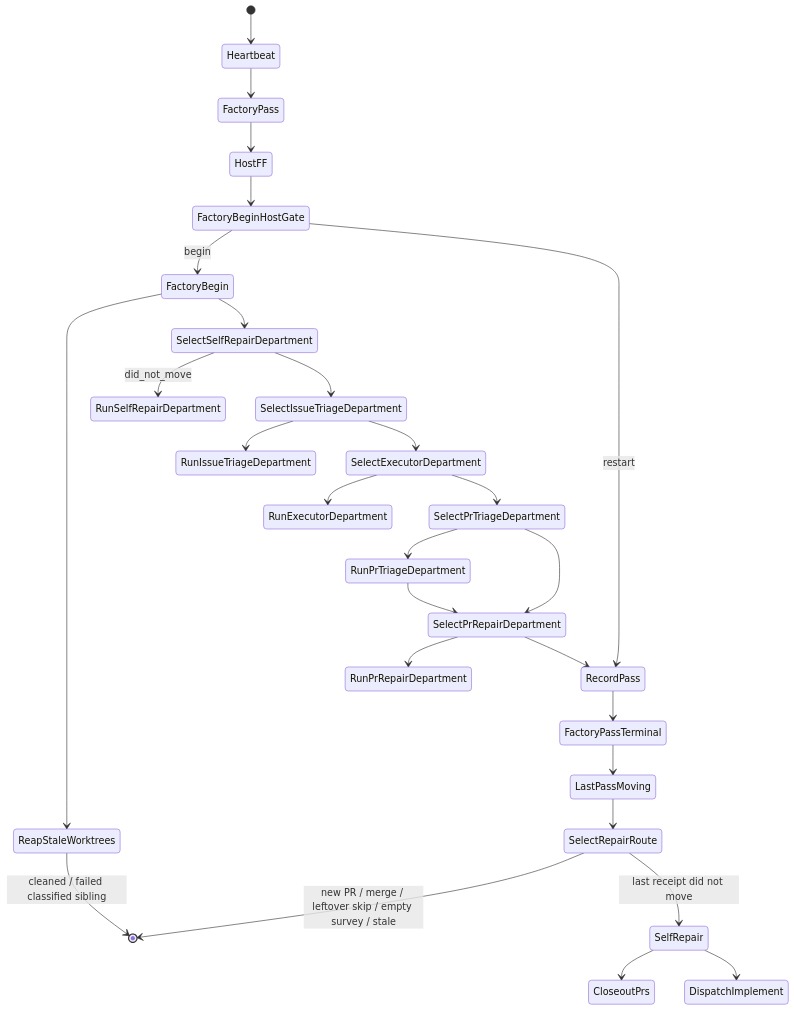
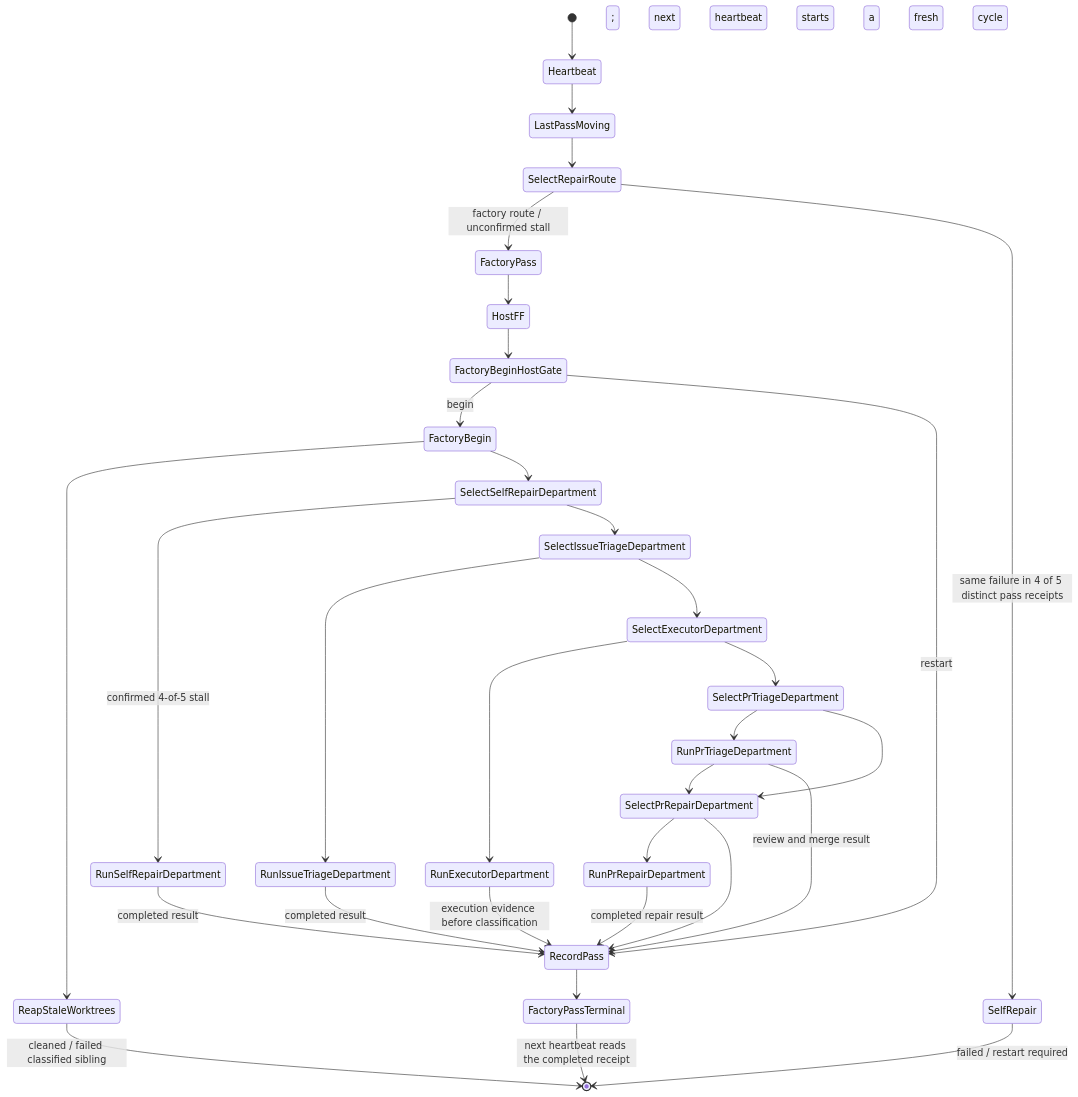
Before and after one commit to mikolaj92/lokay: the first of 53 diagrams in README.md, drawn with Mermaid. The commit also changed other lines of this file and 63 other files, not shown here.

Commit message:
fix: restore delivery flow and bounded recovery across Fala graphs

````diff
--- a/README.md
+++ b/README.md
@@ -79,30 +79,34 @@
 ```mermaid
 stateDiagram-v2
     [*] --> Heartbeat
-    Heartbeat --> FactoryPass
+    Heartbeat --> LastPassMoving
+    LastPassMoving --> SelectRepairRoute
+    SelectRepairRoute --> FactoryPass: factory route / unconfirmed stall
+    SelectRepairRoute --> SelfRepair: same failure in 4 of 5 distinct pass receipts
+    SelfRepair --> [*]: failed / restart required; next heartbeat starts a fresh cycle
     FactoryPass --> HostFF
     HostFF --> FactoryBeginHostGate
     FactoryBeginHostGate --> FactoryBegin: begin
     FactoryBeginHostGate --> RecordPass: restart
     FactoryBegin --> ReapStaleWorktrees
     FactoryBegin --> SelectSelfRepairDepartment
-    SelectSelfRepairDepartment --> RunSelfRepairDepartment: did_not_move
+    SelectSelfRepairDepartment --> RunSelfRepairDepartment: confirmed 4-of-5 stall
     SelectSelfRepairDepartment --> SelectIssueTriageDepartment
     SelectIssueTriageDepartment --> RunIssueTriageDepartment
     SelectIssueTriageDepartment --> SelectExecutorDepartment
     SelectExecutorDepartment --> RunExecutorDepartment
     SelectExecutorDepartment --> SelectPrTriageDepartment
     SelectPrTriageDepartment --> RunPrTriageDepartment
     SelectPrTriageDepartment --> SelectPrRepairDepartment
     RunPrTriageDepartment --> SelectPrRepairDepartment
     SelectPrRepairDepartment --> RunPrRepairDepartment
     SelectPrRepairDepartment --> RecordPass
+    RunSelfRepairDepartment --> RecordPass: completed result
+    RunIssueTriageDepartment --> RecordPass: completed result
+    RunExecutorDepartment --> RecordPass: execution evidence before classification
+    RunPrTriageDepartment --> RecordPass: review and merge result
+    RunPrRepairDepartment --> RecordPass: completed repair result
     RecordPass --> FactoryPassTerminal
     ReapStaleWorktrees --> [*]: cleaned / failed classified sibling
-    FactoryPassTerminal --> LastPassMoving
-    LastPassMoving --> SelectRepairRoute
-    SelectRepairRoute --> [*]: new PR / merge / leftover skip / empty survey / stale
-    SelectRepairRoute --> SelfRepair: last receipt did not move
-    SelfRepair --> CloseoutPrs
-    SelfRepair --> DispatchImplement
+    FactoryPassTerminal --> [*]: next heartbeat reads the completed receipt
 ```
````
